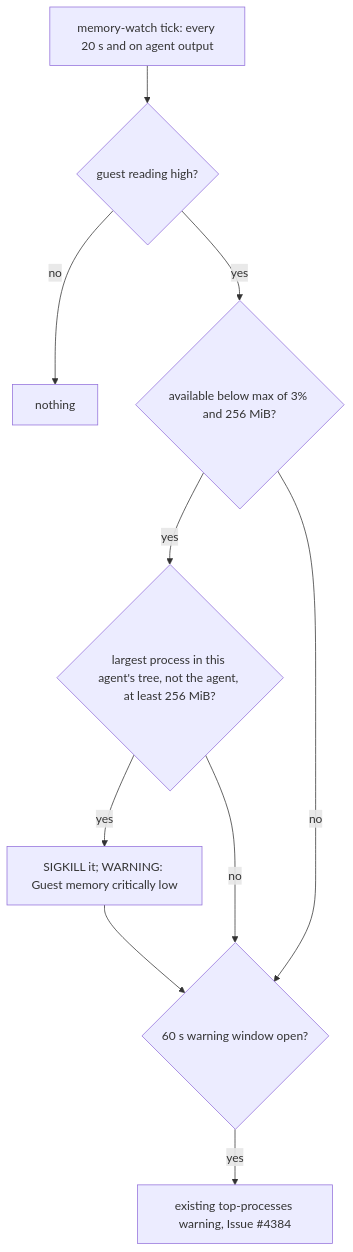
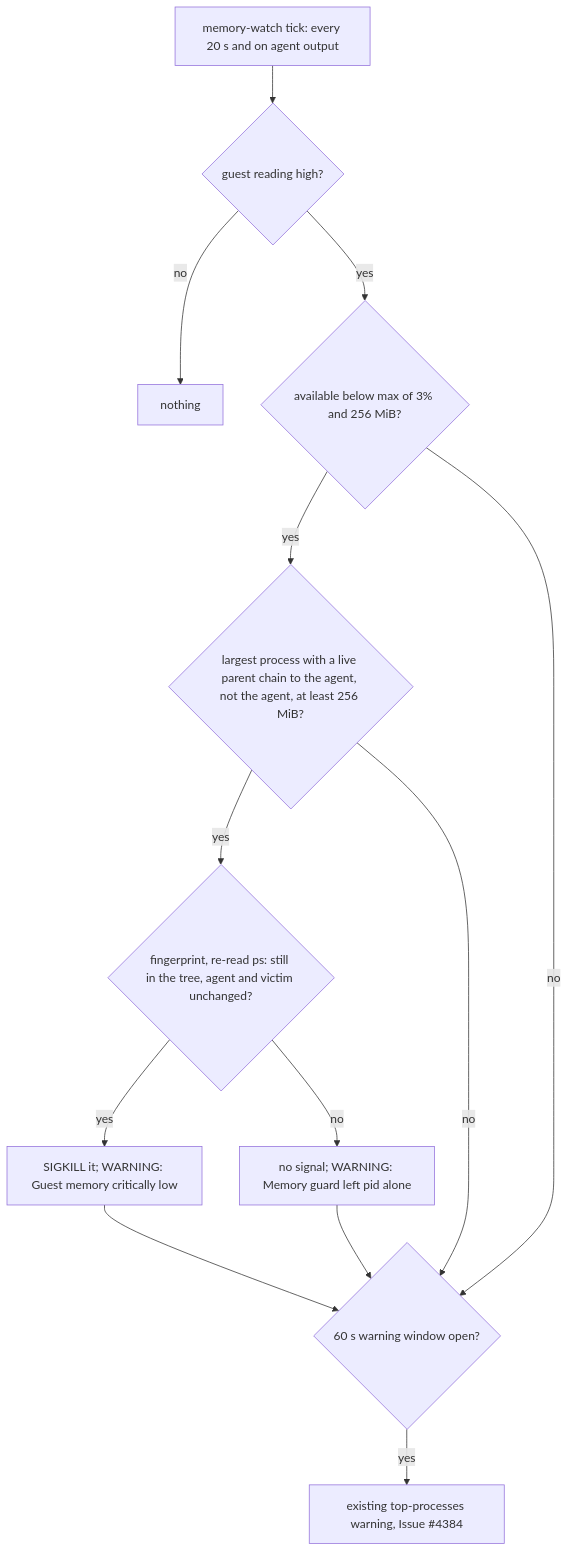
Before and after one commit to stSoftwareAU/VibeCoder: the diagram in docs/archive/pr-summaries/pr-summary-5529.md, drawn with Mermaid. The commit also changed other lines of this file and 4 other files, not shown here.

First line of the commit message:
Identity-gate the memory guard's SIGKILL and pin its window behaviour (Issue #5529)

````diff
--- a/docs/archive/pr-summaries/pr-summary-5529.md
+++ b/docs/archive/pr-summaries/pr-summary-5529.md
@@ -82,12 +95,15 @@
 ```mermaid
 flowchart TD
     T[memory-watch tick: every 20 s and on agent output] --> R{guest reading high?}
     R -- no --> X[nothing]
     R -- yes --> F{available below max of 3% and 256 MiB?}
-    F -- yes --> V{largest process in this agent's tree, not the agent, at least 256 MiB?}
-    V -- yes --> K[SIGKILL it; WARNING: Guest memory critically low]
+    F -- yes --> V{largest process with a live parent chain to the agent, not the agent, at least 256 MiB?}
+    V -- yes --> P{fingerprint, re-read ps: still in the tree, agent and victim unchanged?}
+    P -- yes --> K[SIGKILL it; WARNING: Guest memory critically low]
+    P -- no --> U[no signal; WARNING: Memory guard left pid alone]
     V -- no --> W
     F -- no --> W{60 s warning window open?}
     K --> W
+    U --> W
     W -- yes --> L[existing top-processes warning, Issue #4384]
 ```
````
